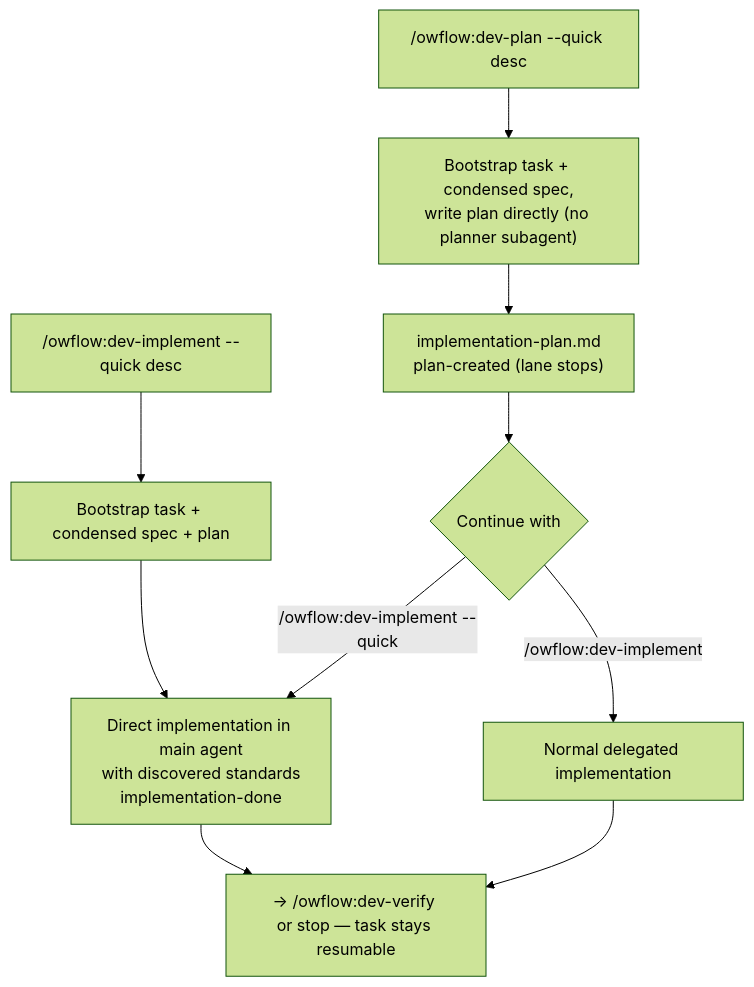
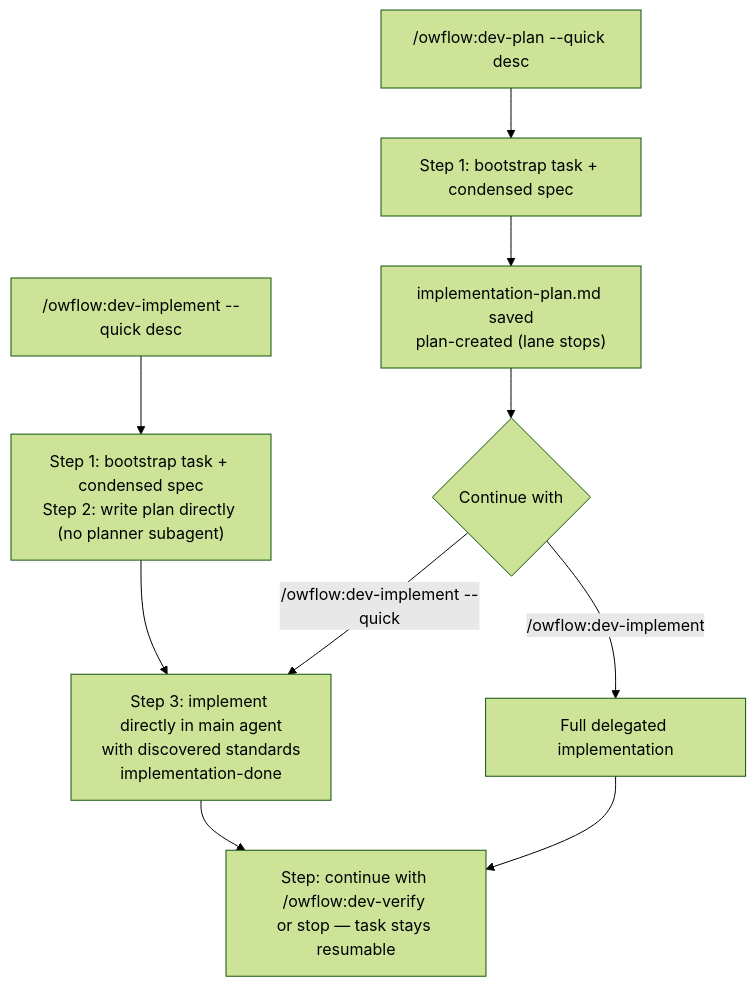
The fourth of 5 diagrams in docs/workflows.md (palucdev/owflow), drawn with Mermaid (forest theme) before and after one commit. The commit also changed other lines of this file and 39 other files, not shown here.

Commit message:
Review remarks - wording and diagrams

````diff
--- a/docs/workflows.md
+++ b/docs/workflows.md
@@ -91,12 +93,12 @@
 ```mermaid
 flowchart TD
-    QI["/owflow:dev-implement --quick desc"] --> QB["Bootstrap task + condensed spec + plan"]
-    QP["/owflow:dev-plan --quick desc"] --> QB2["Bootstrap task + condensed spec,<br/>write plan directly (no planner subagent)"]
-    QB --> Impl["Direct implementation in main agent<br/>with discovered standards<br/>implementation-done"]
-    QB2 --> Plan["implementation-plan.md<br/>plan-created (lane stops)"]
+    QP["/owflow:dev-plan --quick desc"] --> QB1["Step 1: bootstrap task + condensed spec"]
+    QI["/owflow:dev-implement --quick desc"] --> QB2["Step 1: bootstrap task + condensed spec<br/>Step 2: write plan directly (no planner subagent)"]
+    QB1 --> Plan["implementation-plan.md saved<br/>plan-created (lane stops)"]
+    QB2 --> Impl["Step 3: implement directly in main agent<br/>with discovered standards<br/>implementation-done"]
     Plan --> Choice{"Continue with"}
-    Choice -- "/owflow:dev-implement" --> NImpl["Normal delegated implementation"]
+    Choice -- "/owflow:dev-implement" --> NImpl["Full delegated implementation"]
     Choice -- "/owflow:dev-implement --quick" --> Impl
     NImpl --> Next
-    Impl --> Next["→ /owflow:dev-verify <task-path><br/>or stop — task stays resumable"]
+    Impl --> Next["Step: continue with /owflow:dev-verify <task-path><br/>or stop — task stays resumable"]
 ```
````
